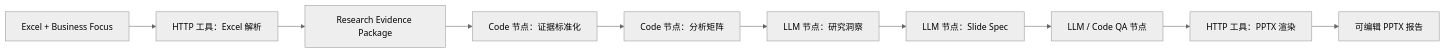
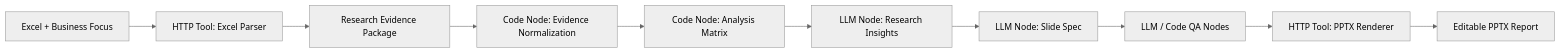
One commit to zhouhan815/market-research-dify-ppt-showcase changed the diagram in README.md. Above: the diagram before and after it, drawn with Mermaid (neutral theme). The commit also changed other lines of this file, not shown here.

````diff
--- a/README.md
+++ b/README.md
@@ -48,12 +56,12 @@
 ```mermaid
 flowchart LR
-    A["Excel + Business Focus"] --> B["HTTP 工具：Excel 解析"]
-    B --> C["Research Evidence Package"]
-    C --> D["Code 节点：证据标准化"]
-    D --> E["Code 节点：分析矩阵"]
-    E --> F["LLM 节点：研究洞察"]
-    F --> G["LLM 节点：Slide Spec"]
-    G --> H["LLM / Code QA 节点"]
-    H --> I["HTTP 工具：PPTX 渲染"]
-    I --> J["可编辑 PPTX 报告"]
+    A[Excel + Business Focus] --> B[HTTP Tool: Excel Parser]
+    B --> C[Research Evidence Package]
+    C --> D[Code Node: Evidence Normalization]
+    D --> E[Code Node: Analysis Matrix]
+    E --> F[LLM Node: Research Insights]
+    F --> G[LLM Node: Slide Spec]
+    G --> H[LLM / Code QA Nodes]
+    H --> I[HTTP Tool: PPTX Renderer]
+    I --> J[Editable PPTX Report]
 ```
````
